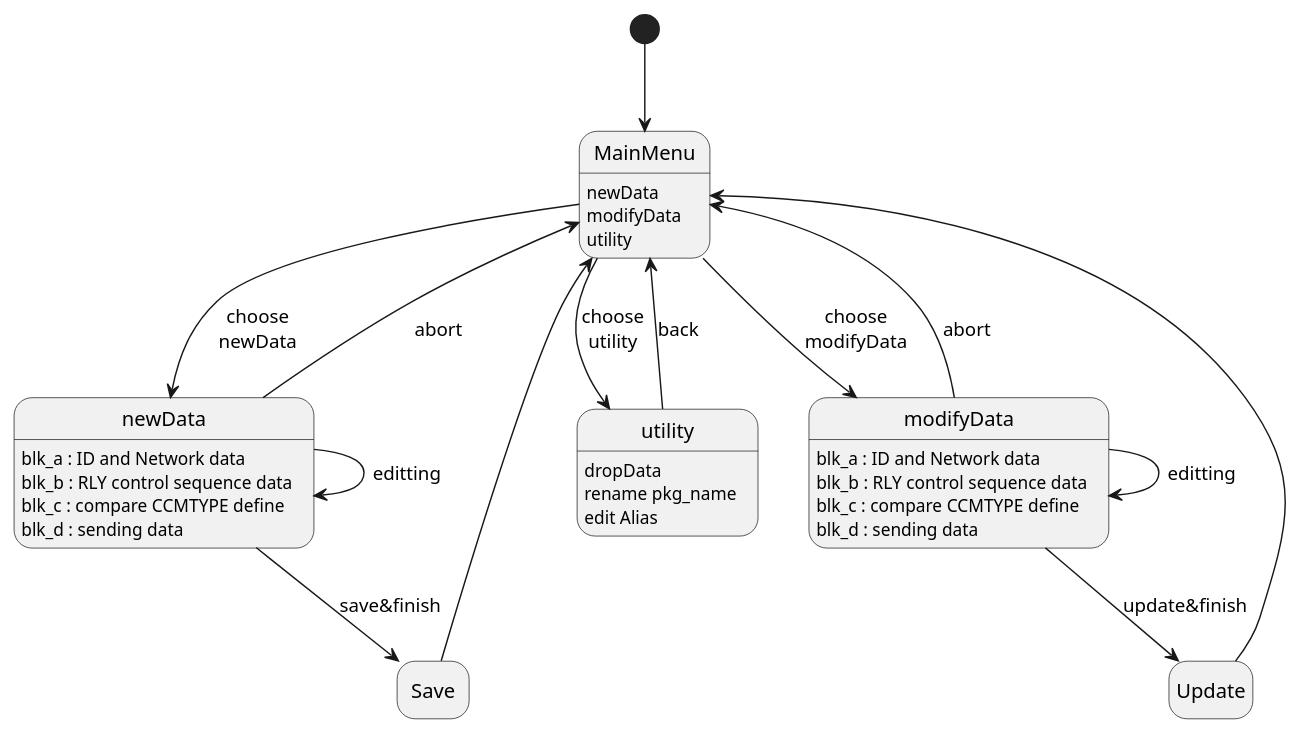
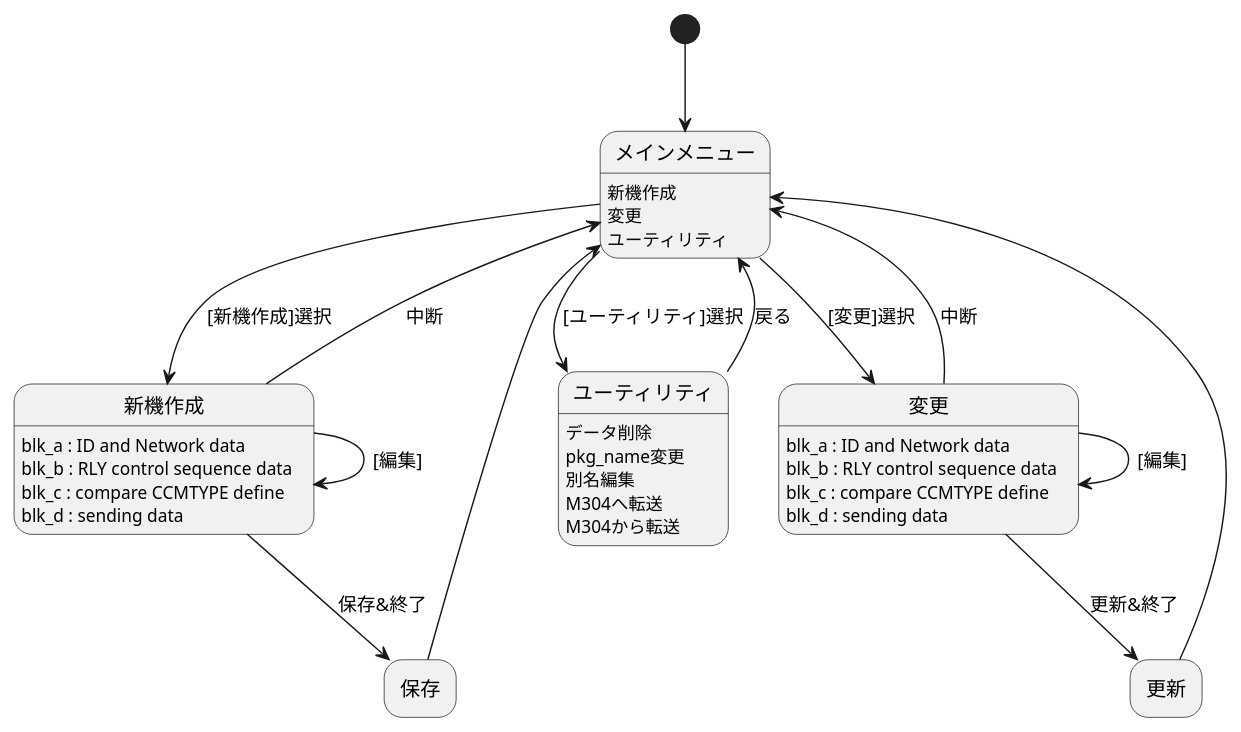
Before and after one commit to mhorimoto/M304-lowcode: the diagram in public_html/docs/state.puml, drawn with PlantUML.

Commit message:
日本語化

```diff
--- a/public_html/docs/state.puml
+++ b/public_html/docs/state.puml
@@ -1,43 +1,45 @@
 @startuml
 hide empty description
-[*] --> MainMenu
+[*] --> メインメニュー
 
-state MainMenu  {
-    MainMenu : newData
-    MainMenu : modifyData
-    MainMenu : utility
+state メインメニュー  {
+    メインメニュー : 新機作成
+    メインメニュー : 変更
+    メインメニュー : ユーティリティ
 }
 
-MainMenu --> newData : choose\nnewData
-MainMenu --> modifyData : choose\nmodifyData
-MainMenu --> utility : choose\nutility
-utility --> MainMenu : back
-modifyData --> MainMenu : abort
-modifyData --> Update : update&finish
-Update --> MainMenu
-newData --> MainMenu : abort
-newData --> Save : save&finish
-Save --> MainMenu
+メインメニュー --> 新機作成 : [新機作成]選択
+メインメニュー --> 変更 : [変更]選択
+メインメニュー --> ユーティリティ : [ユーティリティ]選択
+ユーティリティ --> メインメニュー : 戻る
+変更 --> メインメニュー : 中断
+変更 --> 更新 : 更新&終了
+更新 --> メインメニュー
+新機作成 --> メインメニュー : 中断
+新機作成 --> 保存 : 保存&終了
+保存 --> メインメニュー
 
-state utility {
-    utility : dropData
-    utility : rename pkg_name
-    utility : edit Alias
+state ユーティリティ {
+    ユーティリティ : データ削除
+    ユーティリティ : pkg_name変更
+    ユーティリティ : 別名編集
+    ユーティリティ : M304へ転送
+    ユーティリティ : M304から転送
 }
 
-state newData {
-    newData : blk_a : ID and Network data
-    newData : blk_b : RLY control sequence data
-    newData : blk_c : compare CCMTYPE define
-    newData : blk_d : sending data
+state 新機作成 {
+    新機作成 : blk_a : ID and Network data
+    新機作成 : blk_b : RLY control sequence data
+    新機作成 : blk_c : compare CCMTYPE define
+    新機作成 : blk_d : sending data
 }
 
-state modifyData {
-    modifyData : blk_a : ID and Network data
-    modifyData : blk_b : RLY control sequence data
-    modifyData : blk_c : compare CCMTYPE define
-    modifyData : blk_d : sending data
+state 変更 {
+    変更 : blk_a : ID and Network data
+    変更 : blk_b : RLY control sequence data
+    変更 : blk_c : compare CCMTYPE define
+    変更 : blk_d : sending data
 }
-newData --> newData : editting
-modifyData --> modifyData : editting
+新機作成 --> 新機作成 : [編集]
+変更 --> 変更 : [編集]
 @enduml
```
